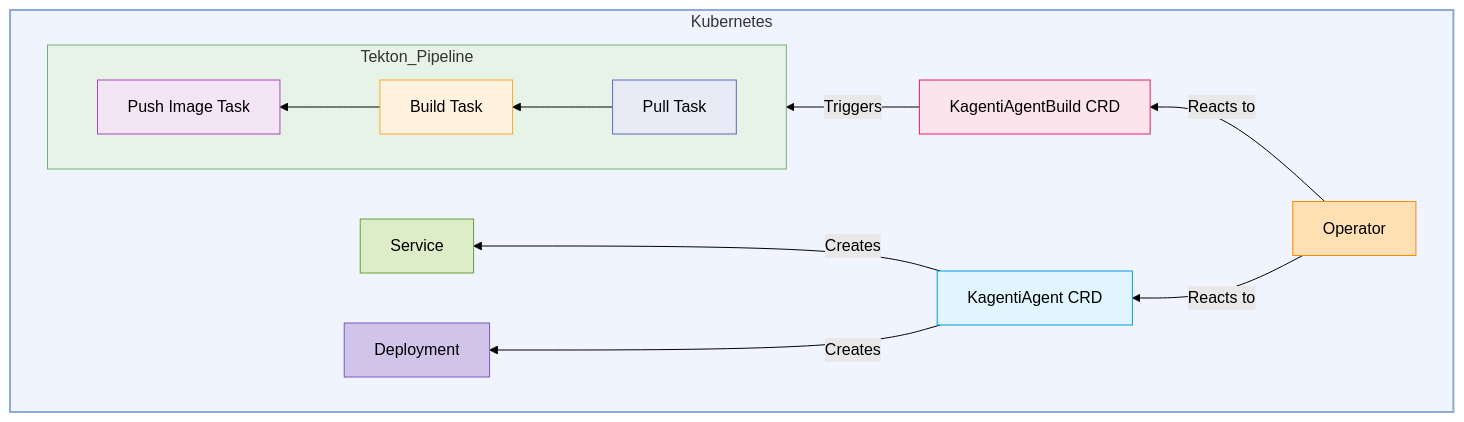
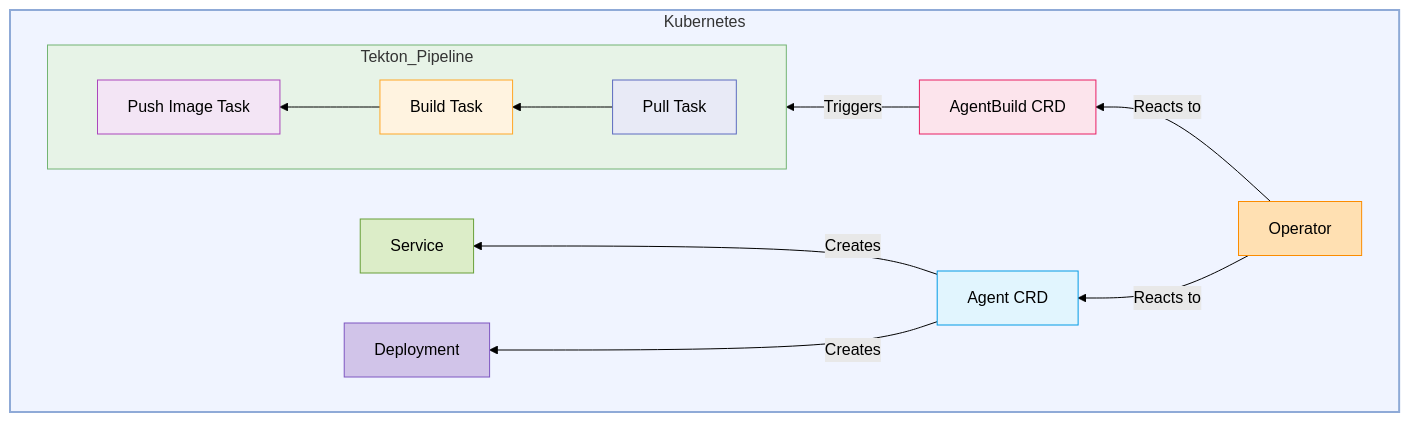
One commit to mrsabath/kagenti-operator changed the diagram in kagenti-operator/README.md. Above: the diagram before and after it, drawn with Mermaid (forest theme). The commit also changed other lines of this file and 1 other file, not shown here.

Commit message:
fix CR naming in documentation

````diff
--- a/kagenti-operator/README.md
+++ b/kagenti-operator/README.md
@@ -6,42 +6,42 @@
 ```mermaid
 graph TD;
     subgraph Kubernetes
         direction RL
         style Kubernetes fill:#f0f4ff,stroke:#8faad7,stroke-width:2px
 
         subgraph Tekton_Pipeline
             direction RL
             style Tekton_Pipeline fill:#e7f3e7,stroke:#73b473,stroke-width:1px
             
             Pull[Pull Task]
             style Pull fill:#e8eaf6,stroke:#5c6bc0
 
             Build[Build Task]
             style Build fill:#fff3e0,stroke:#ffa726
 
             Push[Push Image Task]
             style Push fill:#f3e5f5,stroke:#ab47bc
 
             Pull --> Build --> Push
         end
         
         Operator[Operator] 
         style Operator fill:#ffe0b2,stroke:#fb8c00
 
-        KagentiAgentCRD["KagentiAgent CRD"] 
-        style KagentiAgentCRD fill:#e1f5fe,stroke:#039be5
+        AgentCRD["Agent CRD"] 
+        style AgentCRD fill:#e1f5fe,stroke:#039be5
 
-        KagentiAgentBuildCRD["KagentiAgentBuild CRD"]
-        style KagentiAgentBuildCRD fill:#fce4ec,stroke:#e91e63
+        AgentBuildCRD["AgentBuild CRD"]
+        style AgentBuildCRD fill:#fce4ec,stroke:#e91e63
 
-        Operator -- Reacts to --> KagentiAgentCRD
-        Operator -- Reacts to --> KagentiAgentBuildCRD
+        Operator -- Reacts to --> AgentCRD
+        Operator -- Reacts to --> AgentBuildCRD
 
-        KagentiAgentBuildCRD -->|Triggers| Tekton_Pipeline
-        KagentiAgentCRD --> |Creates| Service_Service[Service]
+        AgentBuildCRD -->|Triggers| Tekton_Pipeline
+        AgentCRD --> |Creates| Service_Service[Service]
         style Service_Service fill:#dcedc8,stroke:#689f38
 
-        KagentiAgentCRD --> |Creates| Deployment_Deployment[Deployment]
+        AgentCRD --> |Creates| Deployment_Deployment[Deployment]
         style Deployment_Deployment fill:#d1c4e9,stroke:#7e57c2
     end
 ```    
````
